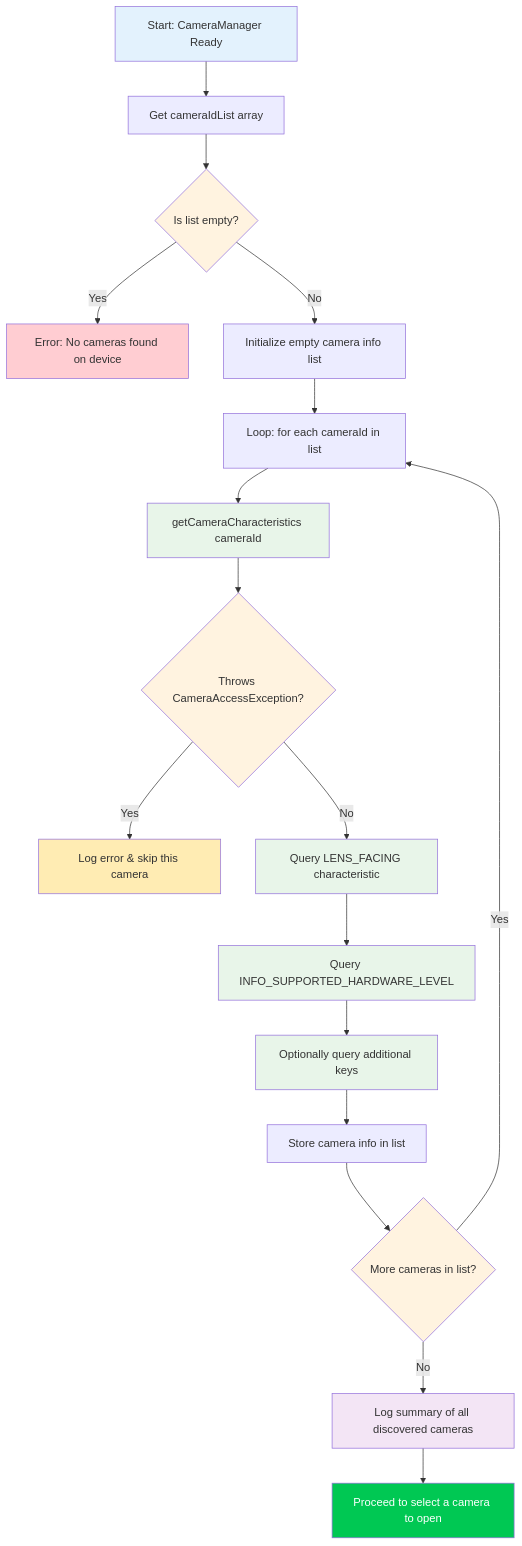
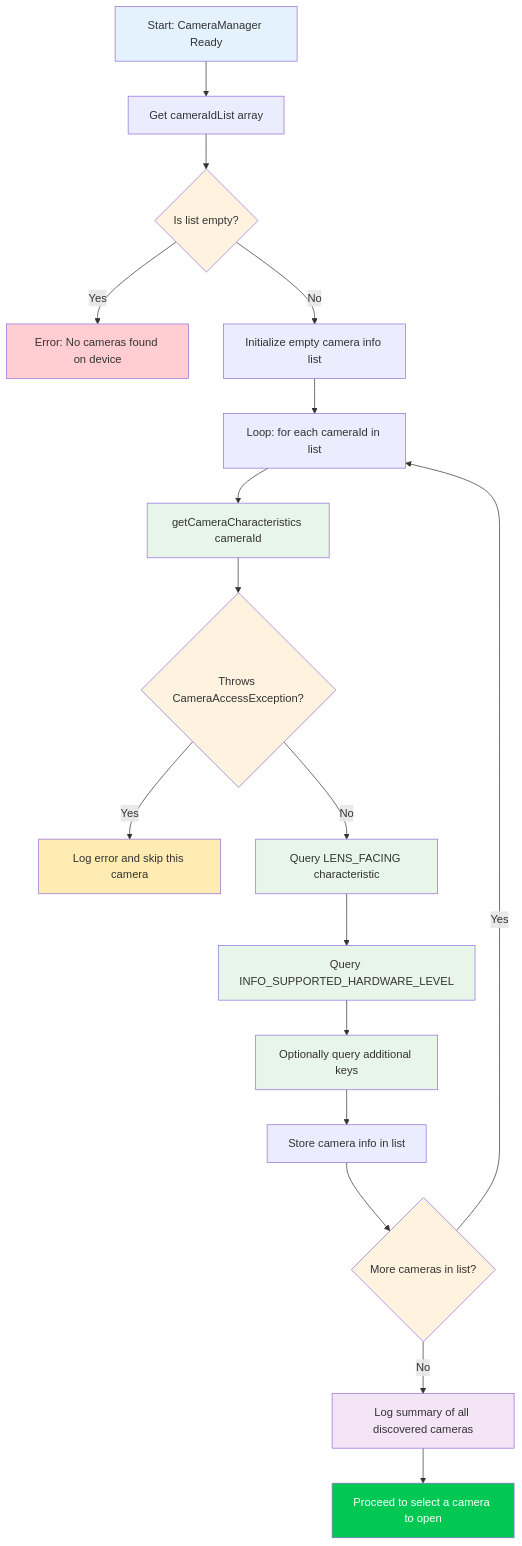
The diagram in website/docs/camera2/discovering-cameras.md (zoozooll/AndroidCameraParameters), drawn with Mermaid before and after one commit. The commit also changed 77 other files, not shown here.

First line of the commit message:
docs: standardize Mermaid syntax and polish 3A pipeline translations

````diff
--- a/website/docs/camera2/discovering-cameras.md
+++ b/website/docs/camera2/discovering-cameras.md
@@ -32,32 +32,32 @@
 ```mermaid
 flowchart TD
     A["Start: CameraManager Ready"] --> B["Get cameraIdList array"]
     B --> C{Is list empty?}
     C -->|Yes| D[Error: No cameras found on device]
     C -->|No| E[Initialize empty camera info list]
     E --> F[Loop: for each cameraId in list]
     F --> G[getCameraCharacteristics cameraId]
     G --> H{Throws CameraAccessException?}
-    H -->|Yes| I[Log error & skip this camera]
+    H -->|Yes| I[Log error and skip this camera]
     H -->|No| J[Query LENS_FACING characteristic]
     J --> K[Query INFO_SUPPORTED_HARDWARE_LEVEL]
     K --> L[Optionally query additional keys]
     L --> M[Store camera info in list]
     M --> N{More cameras in list?}
     N -->|Yes| F
     N -->|No| O[Log summary of all discovered cameras]
     O --> P[Proceed to select a camera to open]
 
     style A fill:#e3f2fd
     style C fill:#fff3e0
     style H fill:#fff3e0
     style N fill:#fff3e0
     style D fill:#ffcdd2
     style I fill:#ffecb3
     style G fill:#e8f5e9
     style J fill:#e8f5e9
     style K fill:#e8f5e9
     style L fill:#e8f5e9
     style O fill:#f3e5f5
     style P fill:#00c853,color:#fff
 ```
````
